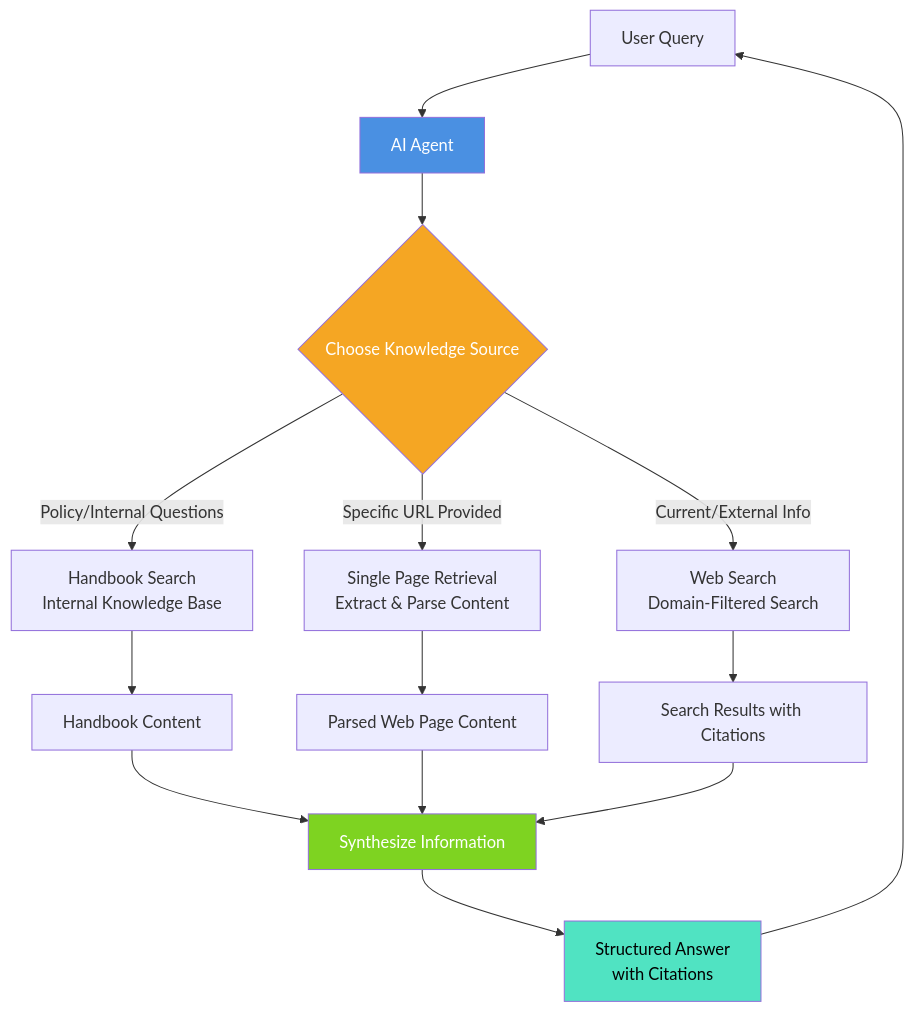
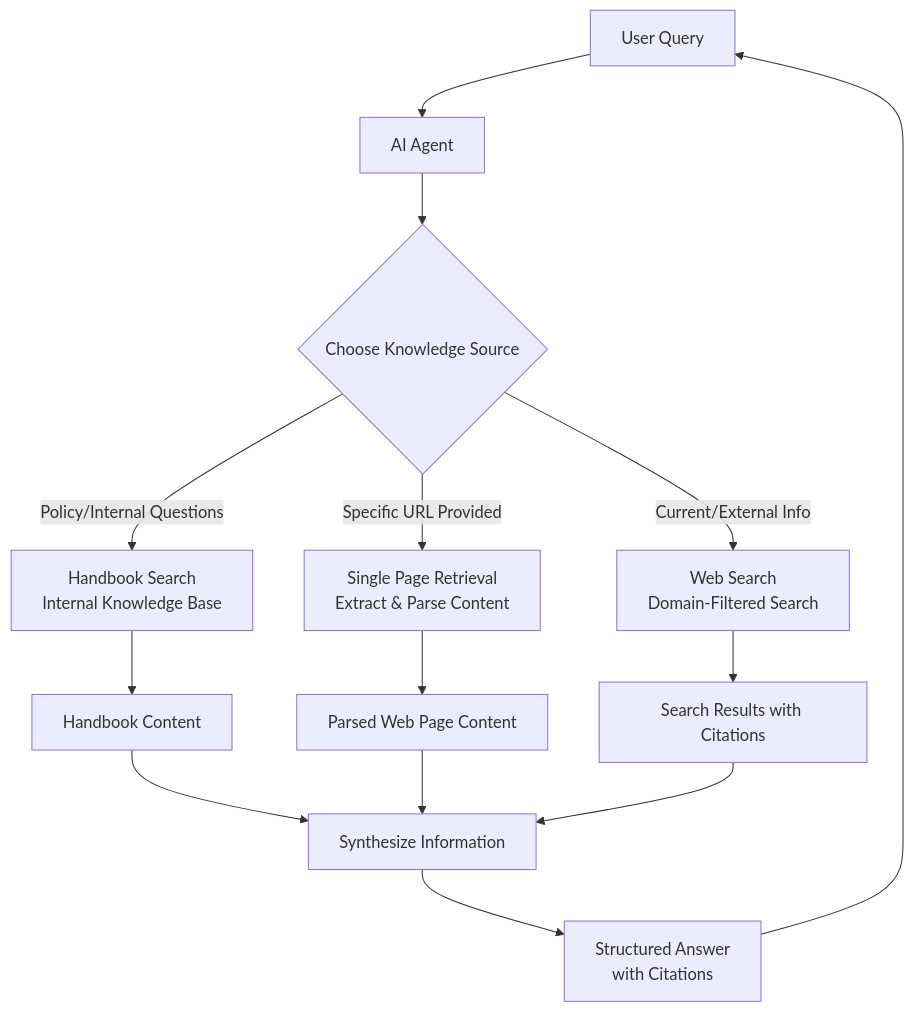
One commit to yld0/ai-cookbook changed the diagram in context/web/README.md. Above: the diagram before and after it, drawn with Mermaid.

Commit message:
Remove style definitions from README.md to streamline the document and enhance readability.

````diff
--- a/context/web/README.md
+++ b/context/web/README.md
@@ -19,27 +19,22 @@
 ```mermaid
 graph TB
     User[User Query] --> Agent[AI Agent]
     
     Agent --> Decision{Choose Knowledge Source}
     
     Decision -->|Policy/Internal Questions| Handbook[Handbook Search<br/>Internal Knowledge Base]
     Decision -->|Specific URL Provided| WebPage[Single Page Retrieval<br/>Extract & Parse Content]
     Decision -->|Current/External Info| WebSearch[Web Search<br/>Domain-Filtered Search]
     
     Handbook --> HandbookContent[Handbook Content]
     WebPage --> PageContent[Parsed Web Page Content]
     WebSearch --> SearchResults[Search Results with Citations]
     
     HandbookContent --> Synthesis[Synthesize Information]
     PageContent --> Synthesis
     SearchResults --> Synthesis
     
     Synthesis --> Answer[Structured Answer<br/>with Citations]
     
     Answer --> User
-    
-    style Agent fill:#4A90E2,color:#fff
-    style Decision fill:#F5A623,color:#fff
-    style Synthesis fill:#7ED321,color:#fff
-    style Answer fill:#50E3C2,color:#000
 ```
````
